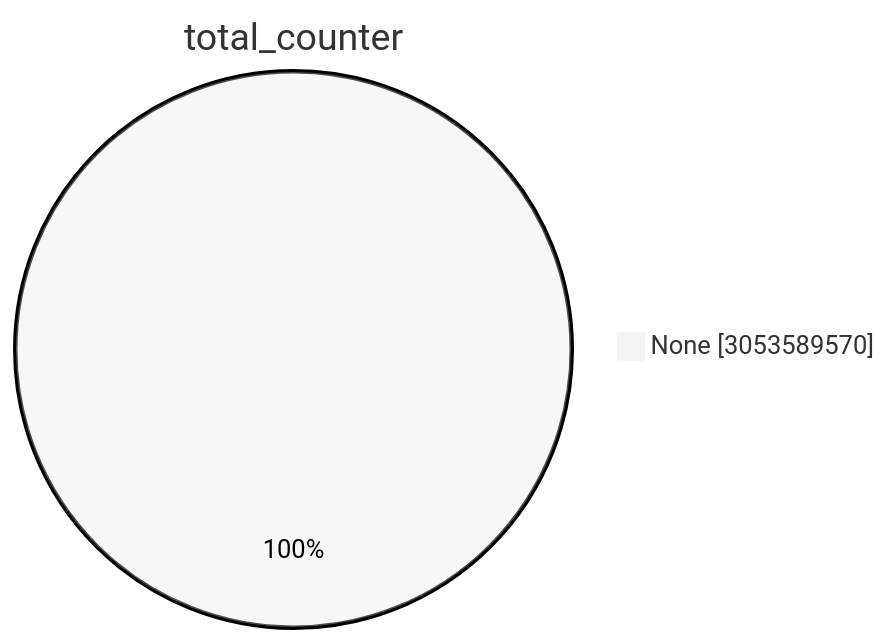
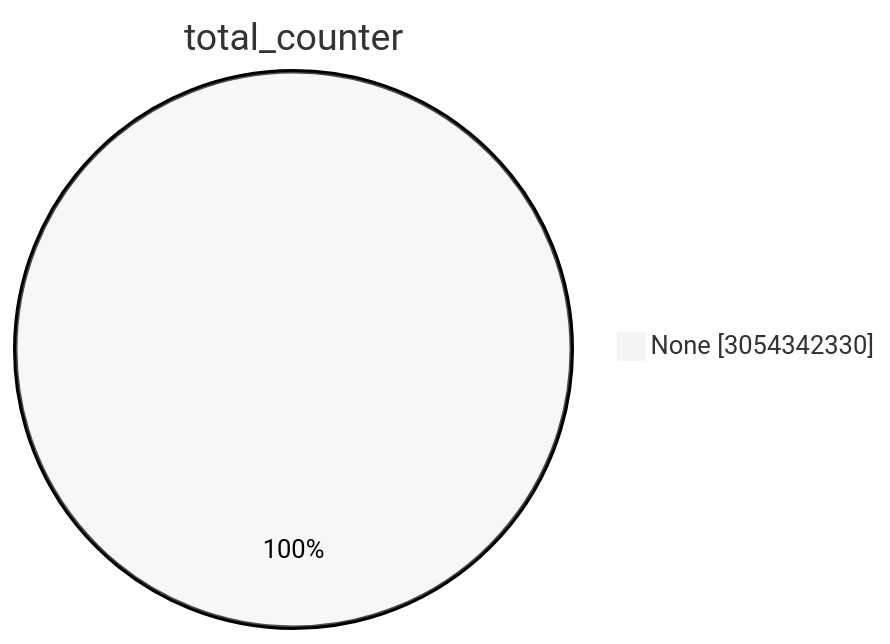
One commit to christiankrug/ctmonitor_visualization changed the first of 15 diagrams in TOTAL/README.md. Above: the diagram before and after it, drawn with Mermaid (neutral theme). The commit also changed other lines of this file, not shown here.

````diff
--- a/TOTAL/README.md
+++ b/TOTAL/README.md
@@ -1,5 +1,5 @@
 ```mermaid
 pie showData
 title total_counter
-"None" :3053589570
+"None" :3054342330
 ```
````
